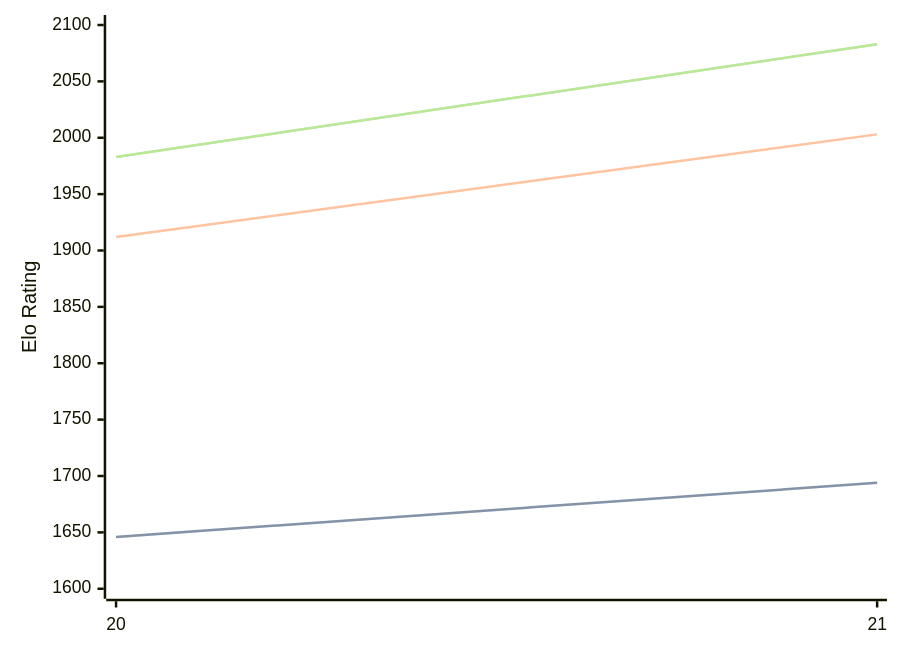
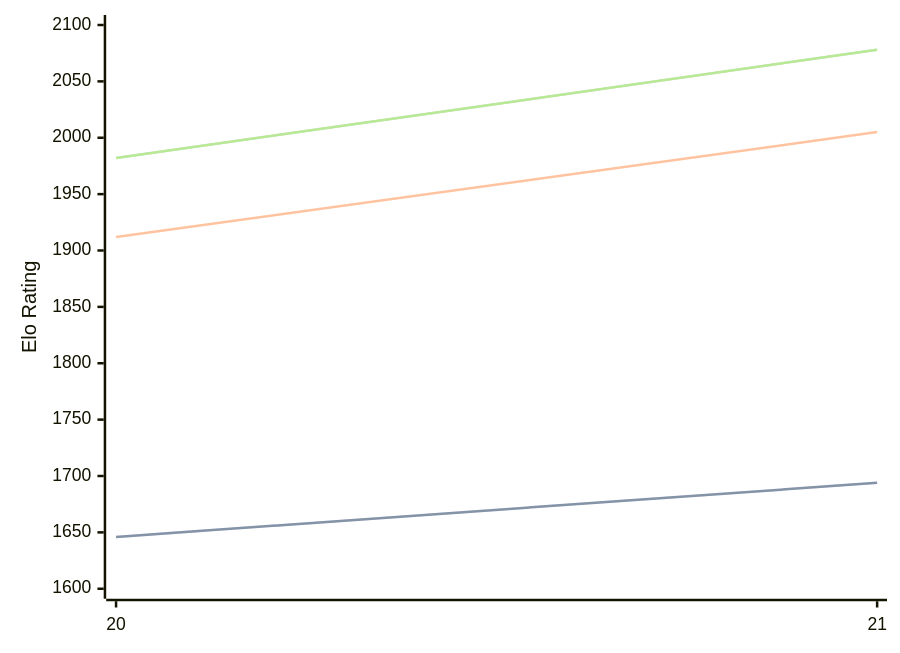
Before and after one commit to computer-chess-index/cci: the diagram in engines/PurplePanda.md, drawn with Mermaid. The commit also changed other lines of this file, not shown here.

Commit message:
Update CCI Ratings (ELO VLTC) - 2026-09-03

````diff
--- a/engines/PurplePanda.md
+++ b/engines/PurplePanda.md
@@ -32,11 +32,11 @@
 ```mermaid
 %%{init: {"theme":"base","themeVariables":{"seriesColors:['#a3a3a3','#222221','#faa371']}}}%%
 xychart-beta
   x-axis ["20", "21"]
   y-axis "Elo Rating" 1600 --> 2100
   line "" [1646, 1694]
   line "STC (8.0+0.08s)" [1646, 1694]
-  line "LTC (60.0+0.60s)" [1912, 2003]
-  line "" [1983, 2083]
-  line "VLTC (2m24s+1.12s)" [1983, 2083]
+  line "LTC (60.0+0.60s)" [1912, 2005]
+  line "" [1982, 2078]
+  line "VLTC (2m24s+1.12s)" [1982, 2078]
 ```
````
